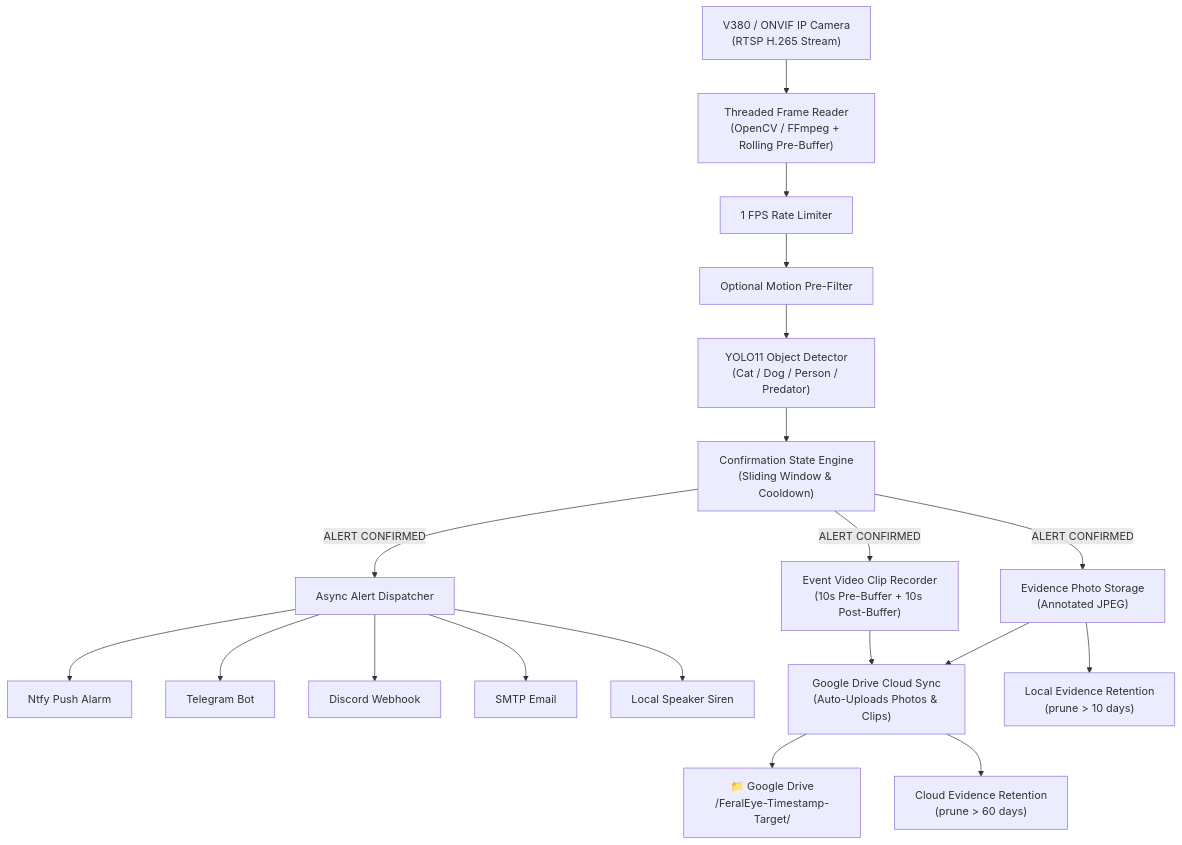
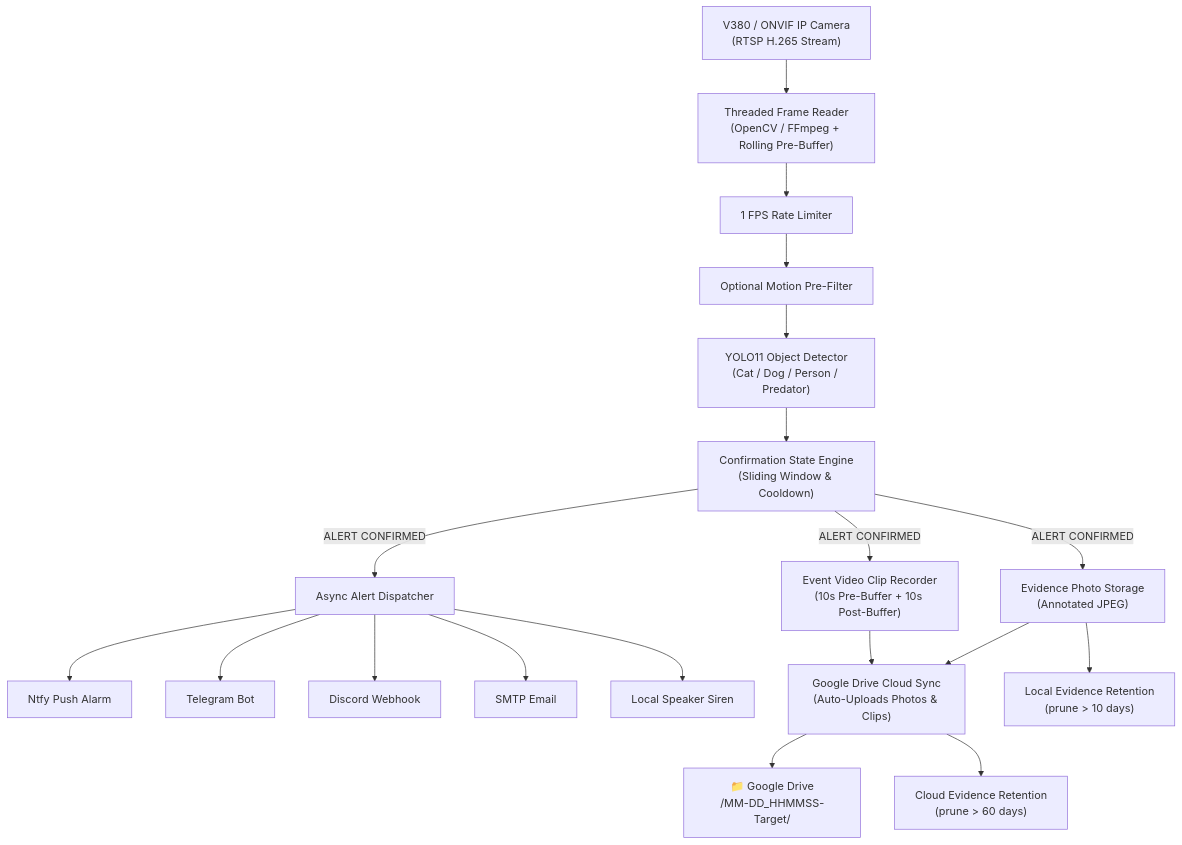
The diagram in README.md (MahbbRah/FeralEye), drawn with Mermaid before and after one commit. The commit also changed other lines of this file and 1 other file, not shown here.

Commit message:
Shorten Google Drive event folder names: drop FeralEye prefix, year, and pct suffix
Folder names go from FeralEye-2026-09-01_143022-CAT_88pct to
09-01_143022-CAT_88. The retention cleanup regex now matches both the
new name and the legacy FeralEye-prefixed one so existing folders still
age out; year-less names assume the current year (falling back one year
when the parsed date would land in the future, e.g. December folders
seen in January). README examples updated.

````diff
--- a/README.md
+++ b/README.md
@@ -29,24 +29,24 @@
 ```mermaid
 flowchart TD
     Camera["V380 / ONVIF IP Camera\n(RTSP H.265 Stream)"] --> Reader["Threaded Frame Reader\n(OpenCV / FFmpeg + Rolling Pre-Buffer)"]
     Reader --> Sampler["1 FPS Rate Limiter"]
     Sampler --> Motion["Optional Motion Pre-Filter"]
     Motion --> YOLO["YOLO11 Object Detector\n(Cat / Dog / Person / Predator)"]
     YOLO --> StateEngine["Confirmation State Engine\n(Sliding Window & Cooldown)"]
     
     StateEngine -- "ALERT CONFIRMED" --> Evidence["Evidence Photo Storage\n(Annotated JPEG)"]
     StateEngine -- "ALERT CONFIRMED" --> ClipRecorder["Event Video Clip Recorder\n(10s Pre-Buffer + 10s Post-Buffer)"]
     StateEngine -- "ALERT CONFIRMED" --> Dispatcher["Async Alert Dispatcher"]
     
     Dispatcher --> Ntfy["Ntfy Push Alarm"]
     Dispatcher --> Telegram["Telegram Bot"]
     Dispatcher --> Discord["Discord Webhook"]
     Dispatcher --> Email["SMTP Email"]
     Dispatcher --> Audio["Local Speaker Siren"]
     
     Evidence --> GDrive["Google Drive Cloud Sync\n(Auto-Uploads Photos & Clips)"]
     ClipRecorder --> GDrive
-    GDrive --> CloudFolder["📁 Google Drive\n/FeralEye-Timestamp-Target/"]
+    GDrive --> CloudFolder["📁 Google Drive\n/MM-DD_HHMMSS-Target/"]
     Evidence --> LocalRetention["Local Evidence Retention\n(prune > 10 days)"]
     GDrive --> CloudRetention["Cloud Evidence Retention\n(prune > 60 days)"]
 ```
````
